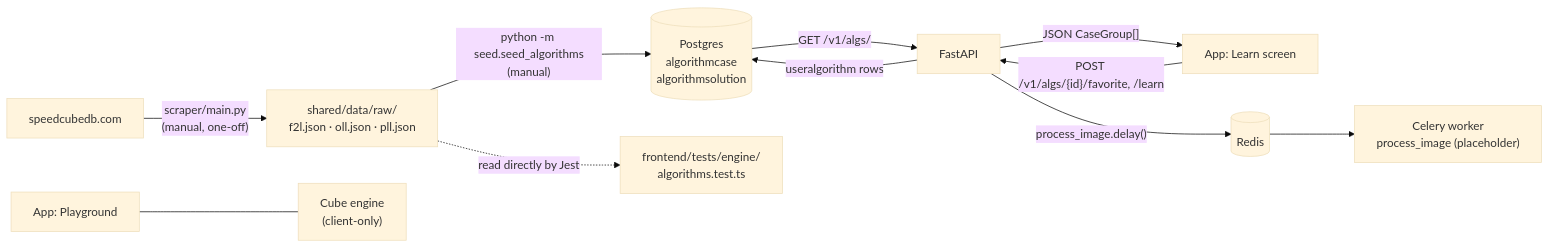
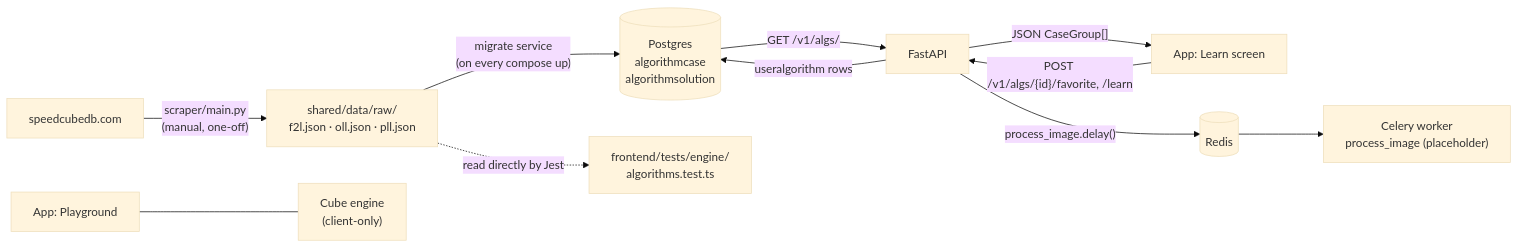
Before and after one commit to aepii/cube-tutor: the diagram in docs/architecture.md, drawn with Mermaid (base theme). The commit also changed other lines of this file and 31 other files, not shown here.

````diff
--- a/docs/architecture.md
+++ b/docs/architecture.md
@@ -23,15 +24,15 @@
 ```mermaid
 flowchart LR
     SC["speedcubedb.com"] -->|"scraper/main.py<br/>(manual, one-off)"| RAW["shared/data/raw/<br/>f2l.json · oll.json · pll.json"]
-    RAW -->|"python -m seed.seed_algorithms<br/>(manual)"| PG[("Postgres<br/>algorithmcase<br/>algorithmsolution")]
+    RAW -->|"migrate service<br/>(on every compose up)"| PG[("Postgres<br/>algorithmcase<br/>algorithmsolution")]
     PG -->|"GET /v1/algs/"| API["FastAPI"]
     API -->|"JSON CaseGroup[]"| LEARN["App: Learn screen"]
     LEARN -->|"POST /v1/algs/{id}/favorite, /learn"| API
     API -->|"useralgorithm rows"| PG
     RAW -.->|"read directly by Jest"| TESTS["frontend/tests/engine/<br/>algorithms.test.ts"]
 
     APP2["App: Playground"] --- ENGINE["Cube engine<br/>(client-only)"]
 
     API -->|"process_image.delay()"| REDIS[("Redis")]
     REDIS --> WORKER["Celery worker<br/>process_image (placeholder)"]
 ```
````
